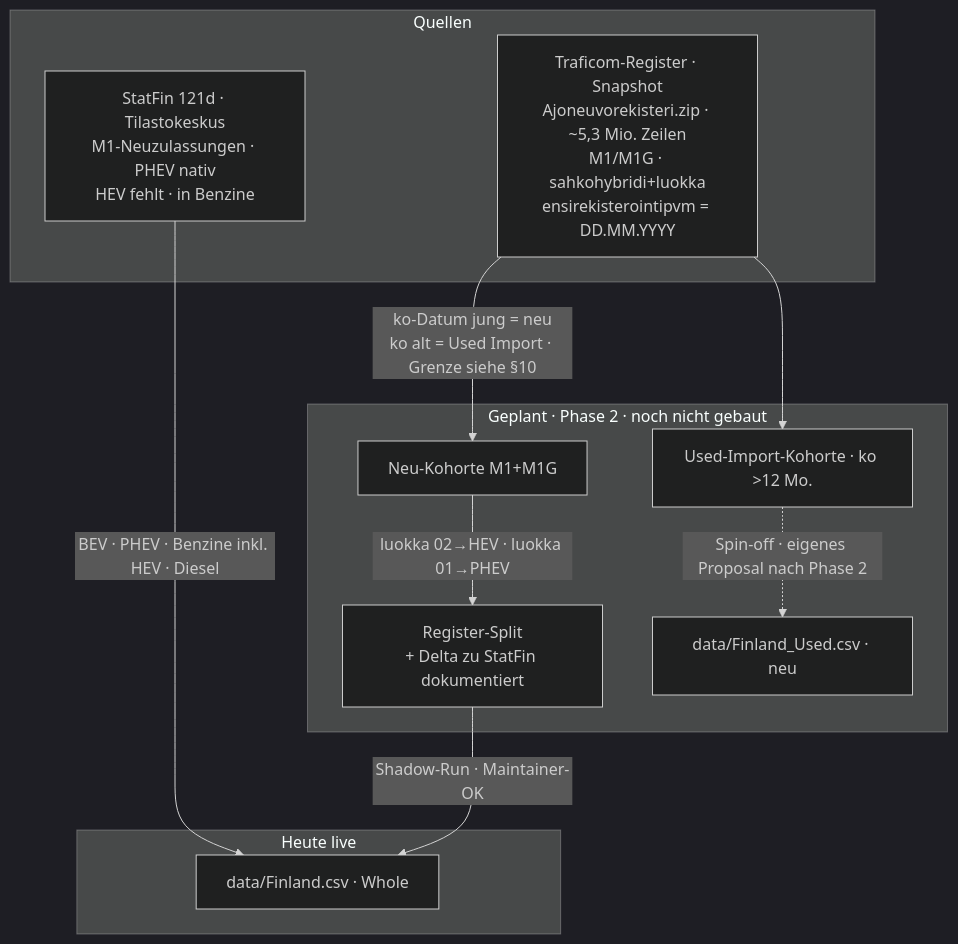
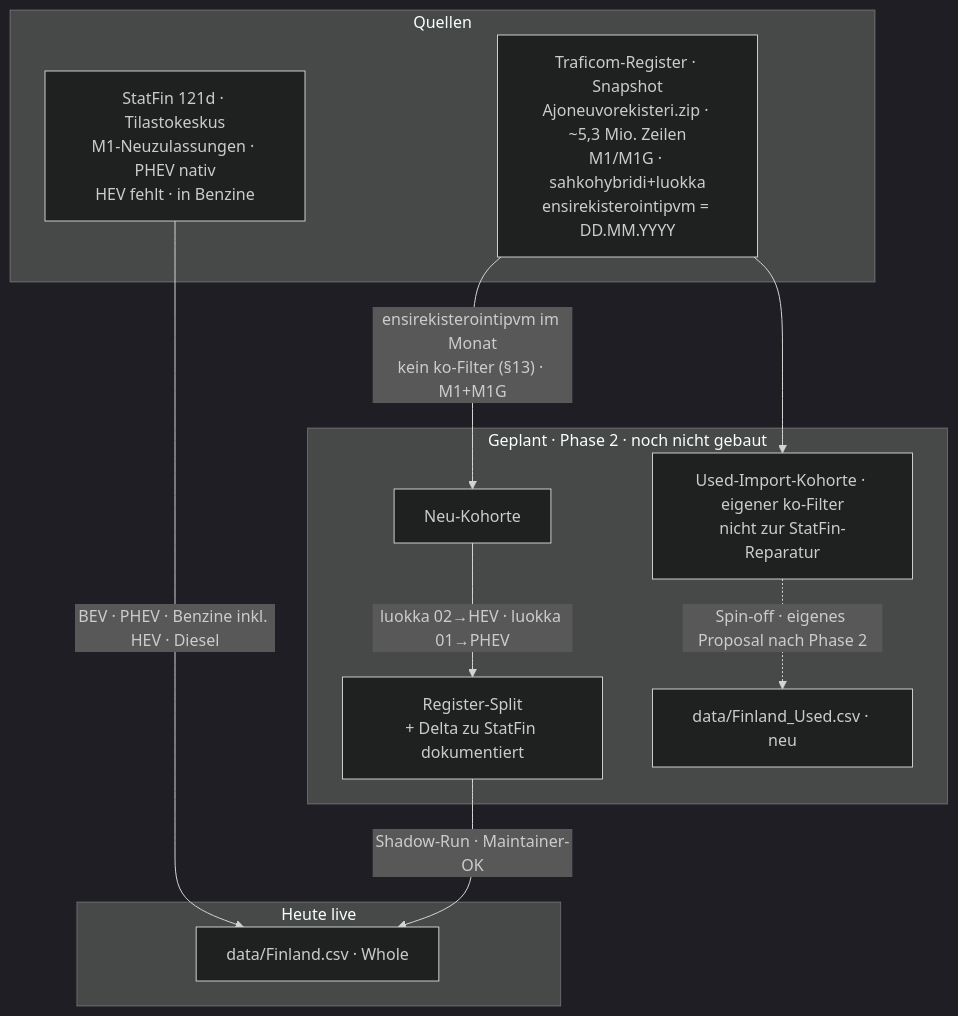
The second of 2 diagrams in docs/architecture/66-proposal-primary-register-hev.md (LeRaffl/LeRaffl-Gallery), drawn with Mermaid (dark theme) before and after one commit. The commit also changed other lines of this file, not shown here.

First line of the commit message:
docs: round 3 — NL confirmed over 4 months, FI correction (StatFin includes used imports)

````diff
--- a/docs/architecture/66-proposal-primary-register-hev.md
+++ b/docs/architecture/66-proposal-primary-register-hev.md
@@ -501,17 +501,17 @@
 ```mermaid
 flowchart TB
     subgraph Q["Quellen"]
         TRA["Traficom-Register · Snapshot<br/>Ajoneuvorekisteri.zip · ~5,3 Mio. Zeilen<br/>M1/M1G · sahkohybridi+luokka<br/>ensirekisterointipvm = DD.MM.YYYY"]
         SF["StatFin 121d · Tilastokeskus<br/>M1-Neuzulassungen · PHEV nativ<br/>HEV fehlt · in Benzine"]
     end
     subgraph LIVE["Heute live"]
         SF -->|"BEV · PHEV · Benzine inkl. HEV · Diesel"| FCSV["data/Finland.csv · Whole"]
     end
     subgraph PLAN["Geplant · Phase 2 · noch nicht gebaut"]
-        TRA -->|"ko-Datum jung = neu<br/>ko alt = Used Import · Grenze siehe §10"| NEU["Neu-Kohorte M1+M1G"]
-        TRA --> US["Used-Import-Kohorte · ko >12 Mo."]
+        TRA -->|"ensirekisterointipvm im Monat<br/>kein ko-Filter (§13) · M1+M1G"| NEU["Neu-Kohorte"]
+        TRA --> US["Used-Import-Kohorte · eigener ko-Filter<br/>nicht zur StatFin-Reparatur"]
         NEU -->|"luokka 02→HEV · luokka 01→PHEV"| FSP["Register-Split<br/>+ Delta zu StatFin dokumentiert"]
         FSP -->|"Shadow-Run · Maintainer-OK"| FCSV
         US -.->|"Spin-off · eigenes Proposal nach Phase 2"| FUV["data/Finland_Used.csv · neu"]
     end
 ```
````
